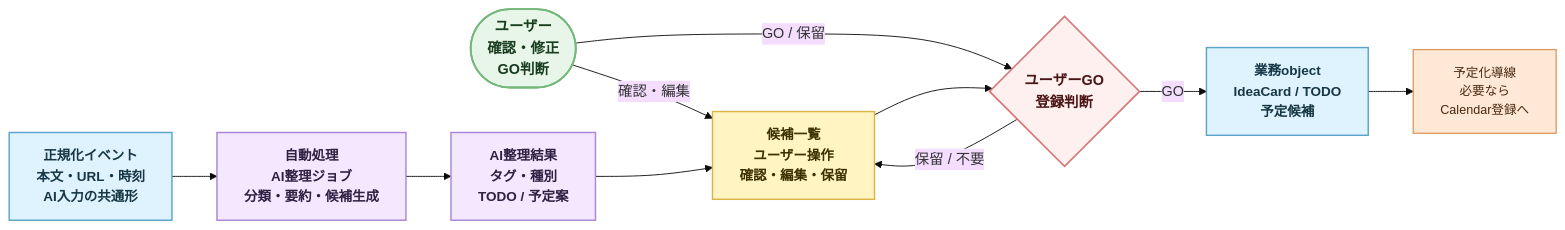
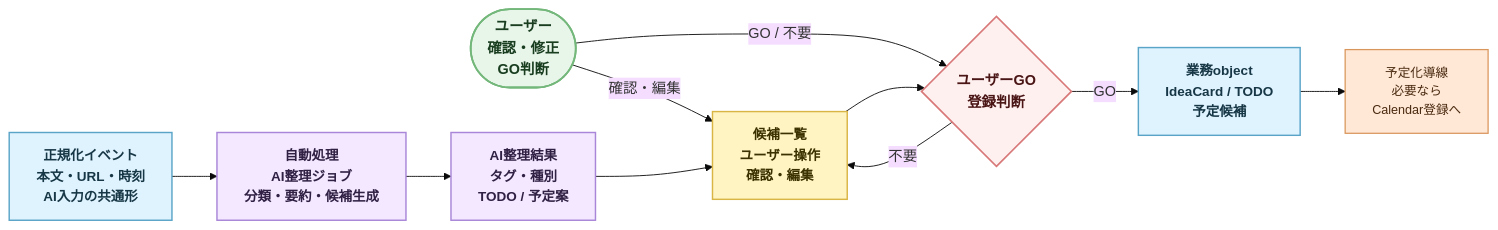
The first of 4 diagrams in docs/spec/ai-assisted-registration-flow.md (rohto4/my-pj-general), drawn with Mermaid (base theme) before and after one commit. The commit also changed other lines of this file and 45 other files, not shown here.

````diff
--- a/docs/spec/ai-assisted-registration-flow.md
+++ b/docs/spec/ai-assisted-registration-flow.md
@@ -34,24 +35,24 @@
 ```mermaid
 flowchart LR
     User(["ユーザー<br/>確認・修正<br/>GO判断"]):::user
     Normalized["正規化イベント<br/>本文・URL・時刻<br/>AI入力の共通形"]:::data
     AIJob["自動処理<br/>AI整理ジョブ<br/>分類・要約・候補生成"]:::ai
     Candidate["AI整理結果<br/>タグ・種別<br/>TODO / 予定案"]:::ai
-    Review["候補一覧<br/>ユーザー操作<br/>確認・編集・保留"]:::app
+    Review["候補一覧<br/>ユーザー操作<br/>確認・編集"]:::app
     Go{"ユーザーGO<br/>登録判断"}:::decision
     Object["業務object<br/>IdeaCard / TODO<br/>予定候補"]:::data
     Calendar["予定化導線<br/>必要なら<br/>Calendar登録へ"]:::external
 
     User -->|確認・編集| Review
-    User -->|GO / 保留| Go
+    User -->|GO / 不要| Go
     Normalized --> AIJob --> Candidate --> Review --> Go
     Go -->|GO| Object --> Calendar
-    Go -->|保留 / 不要| Review
+    Go -->|不要| Review
 
     classDef user fill:#e8f5e9,stroke:#73b77a,color:#183d1f,stroke-width:2px,font-size:16px,font-weight:bold
     classDef data fill:#dff3ff,stroke:#5aa4c8,color:#173746,stroke-width:1.6px,font-size:15px,font-weight:bold
     classDef ai fill:#f3e8ff,stroke:#a986d8,color:#302044,stroke-width:1.6px,font-size:15px,font-weight:bold
     classDef app fill:#fff4c2,stroke:#d8b545,color:#3b3100,stroke-width:1.6px,font-size:15px,font-weight:bold
     classDef decision fill:#fff0f0,stroke:#d87878,color:#4a1515,stroke-width:1.8px,font-size:16px,font-weight:bold
     classDef external fill:#ffe8d6,stroke:#d9965c,color:#4a2a10,stroke-width:1.4px,font-size:14px,font-weight:normal
 ```
````
